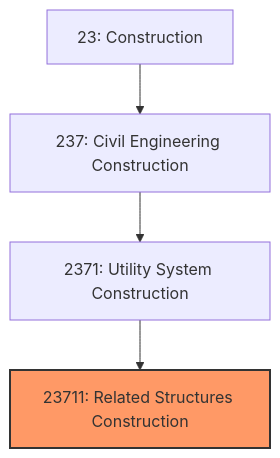
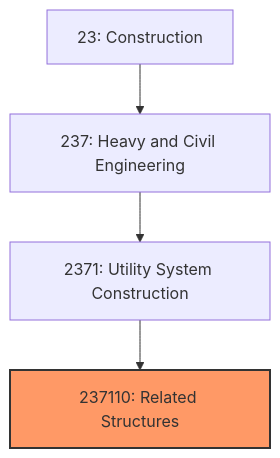
One commit to kziemski/business.org.ai changed the first of 2 diagrams in industries/Construction/CivilEngineeringConstruction/UtilitySystemConstruction/RelatedStructuresConstruction.mdx. Above: the diagram before and after it, drawn with Mermaid. The commit also changed other lines of this file and 67 other files, not shown here.

````diff
--- a/industries/Construction/CivilEngineeringConstruction/UtilitySystemConstruction/RelatedStructuresConstruction.mdx
+++ b/industries/Construction/CivilEngineeringConstruction/UtilitySystemConstruction/RelatedStructuresConstruction.mdx
@@ -20,8 +35,8 @@
 ```mermaid
 graph TD
     S23["23: Construction"]
-    S23 --> N237["237: Civil Engineering Construction"]
+    S23 --> N237["237: Heavy and Civil Engineering"]
     N237 --> N2371["2371: Utility System Construction"]
-    N2371 --> N23711["23711: Related Structures Construction"]
-    style N23711 fill:#f96,stroke:#333,stroke-width:2px
+    N2371 --> N237110["237110: Related Structures"]
+    style N237110 fill:#f96,stroke:#333,stroke-width:2px
 ```
````
